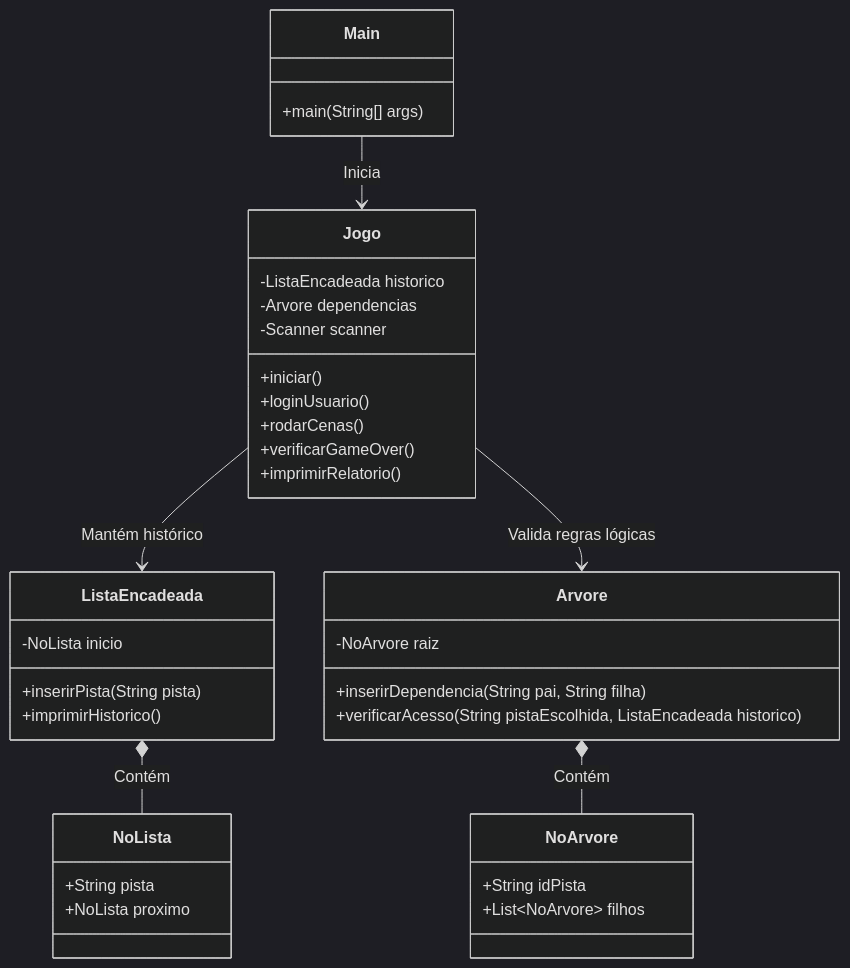
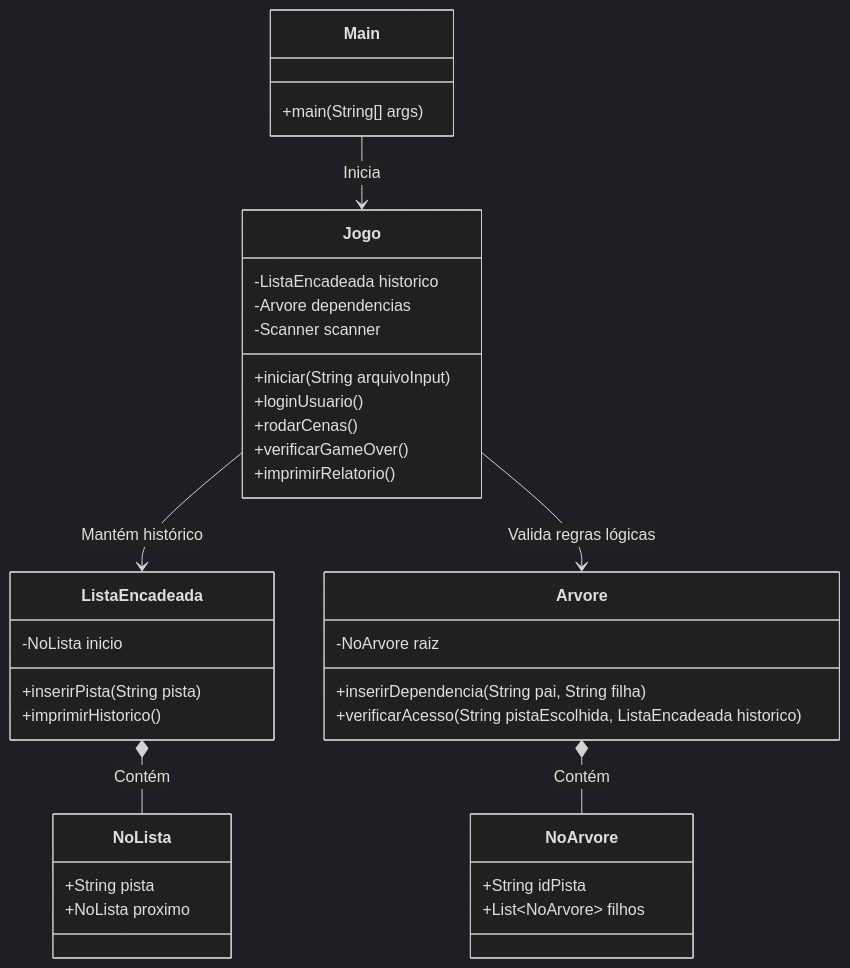
Before and after one commit to andretanuki/ProjetoEstruturaDados: the diagram in docs/Arquitetura_e_Tarefas.md, drawn with Mermaid (dark theme). The commit also changed other lines of this file, not shown here.

````diff
--- a/docs/Arquitetura_e_Tarefas.md
+++ b/docs/Arquitetura_e_Tarefas.md
@@ -11,45 +11,45 @@
 ```mermaid
 classDiagram
     class Main {
         +main(String[] args)
     }
 
     class Jogo {
         -ListaEncadeada historico
         -Arvore dependencias
         -Scanner scanner
-        +iniciar()
+        +iniciar(String arquivoInput)
         +loginUsuario()
         +rodarCenas()
         +verificarGameOver()
         +imprimirRelatorio()
     }
 
     class ListaEncadeada {
         -NoLista inicio
         +inserirPista(String pista)
         +imprimirHistorico()
     }
 
     class NoLista {
         +String pista
         +NoLista proximo
     }
 
     class Arvore {
         -NoArvore raiz
         +inserirDependencia(String pai, String filha)
         +verificarAcesso(String pistaEscolhida, ListaEncadeada historico)
     }
 
     class NoArvore {
         +String idPista
         +List~NoArvore~ filhos
     }
 
     Main --> Jogo : Inicia
     Jogo --> ListaEncadeada : Mantém histórico
     Jogo --> Arvore : Valida regras lógicas
     ListaEncadeada *-- NoLista : Contém
     Arvore *-- NoArvore : Contém
 ```
````
